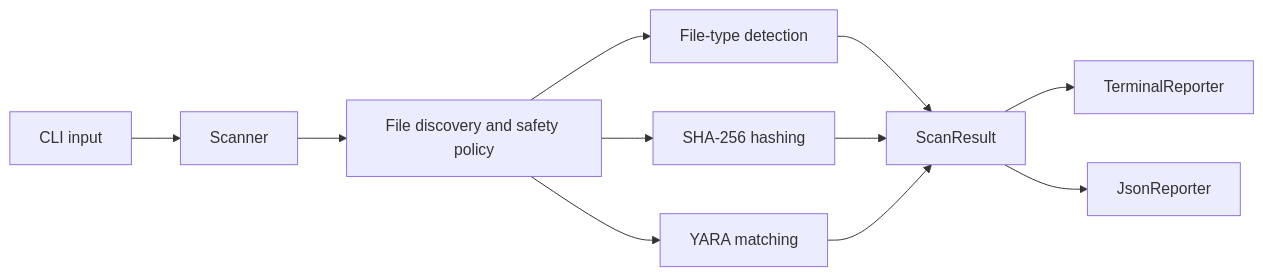
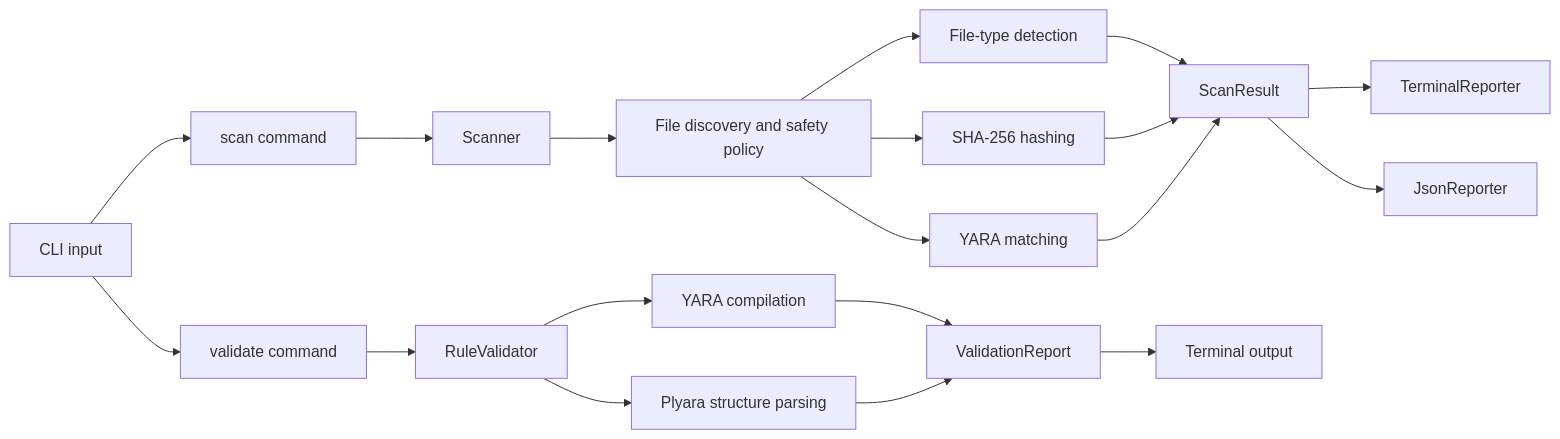
The diagram in docs/architecture.md (dornelasdev/yara-scout), drawn with Mermaid before and after one commit. The commit also changed other lines of this file and 8 other files, not shown here.

Commit message:
feat(cli): add rule convention validation

````diff
--- a/docs/architecture.md
+++ b/docs/architecture.md
@@ -9,13 +9,21 @@
 ```mermaid
 flowchart LR
-    CLI[CLI input] --> Scanner
+    CLI[CLI input] --> Scan[scan command]
+    CLI --> Validate[validate command]
+    Scan --> Scanner
     Scanner --> Discovery[File discovery and safety policy]
     Discovery --> Type[File-type detection]
     Discovery --> Hash[SHA-256 hashing]
     Discovery --> YARA[YARA matching]
     Type --> Result[ScanResult]
     Hash --> Result
     YARA --> Result
     Result --> Terminal[TerminalReporter]
     Result --> JSON[JsonReporter]
+    Validate --> Validator[RuleValidator]
+    Validator --> Compile[YARA compilation]
+    Validator --> Parse[Plyara structure parsing]
+    Compile --> Findings[ValidationReport]
+    Parse --> Findings
+    Findings --> ValidationTerminal[Terminal output]
 ```
````
